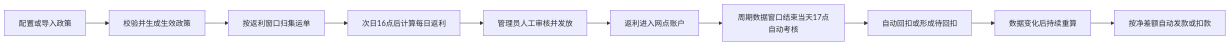
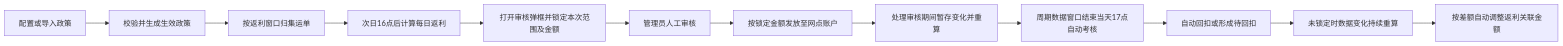
Before and after one commit to lichen-lc123/wangdianfanli: the first of 8 diagrams in 03-产品设计/02-网点返利端到端业务流程图.md, drawn with Mermaid. The commit also changed other lines of this file and 22 other files, not shown here.

````diff
--- a/03-产品设计/02-网点返利端到端业务流程图.md
+++ b/03-产品设计/02-网点返利端到端业务流程图.md
@@ -9,12 +9,14 @@
 ```mermaid
 graph LR
     A[配置或导入政策] --> B[校验并生成生效政策]
     B --> C[按返利窗口归集运单]
     C --> D[次日16点后计算每日返利]
-    D --> E[管理员人工审核并发放]
-    E --> F[返利进入网点账户]
-    F --> G[周期数据窗口结束当天17点自动考核]
-    G --> H[自动回扣或形成待回扣]
-    H --> I[数据变化后持续重算]
-    I --> J[按净差额自动发款或扣款]
+    D --> E[打开审核弹框并锁定本次范围及金额]
+    E --> F[管理员人工审核]
+    F --> G[按锁定金额发放至网点账户]
+    G --> H[处理审核期间暂存变化并重算]
+    H --> I[周期数据窗口结束当天17点自动考核]
+    I --> J[自动回扣或形成待回扣]
+    J --> K[未锁定时数据变化持续重算]
+    K --> L[按差额自动调整返利关联金额]
 ```
````
